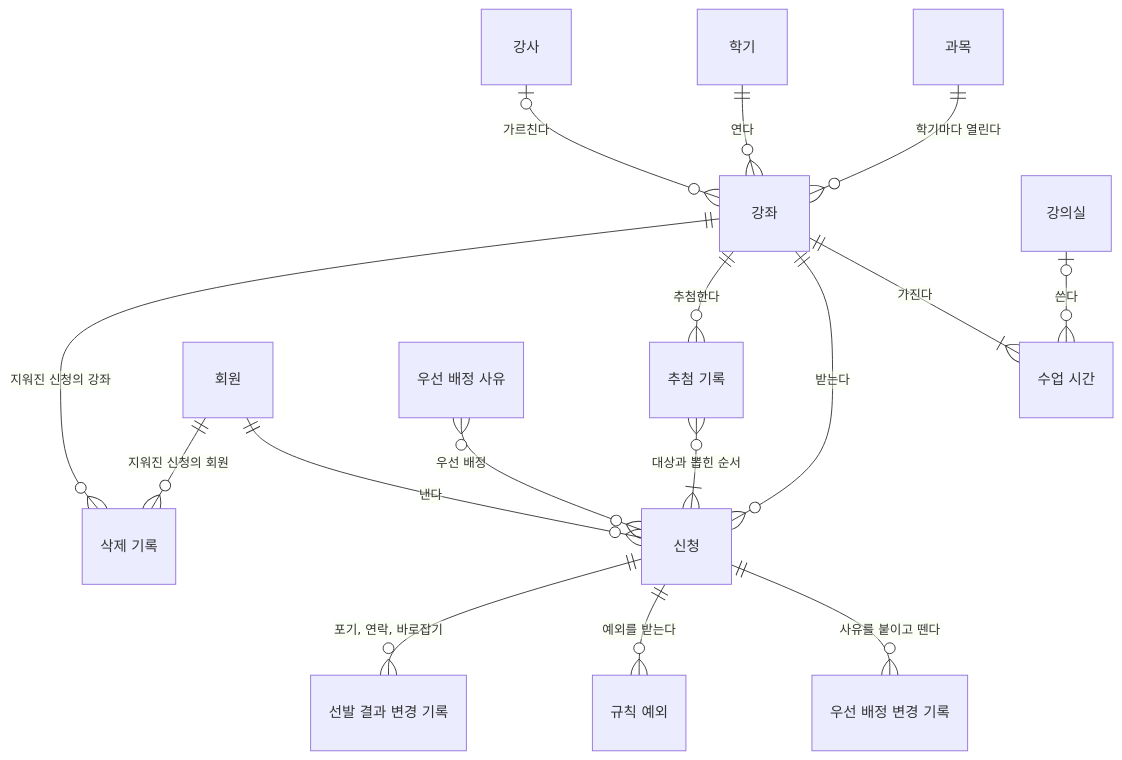
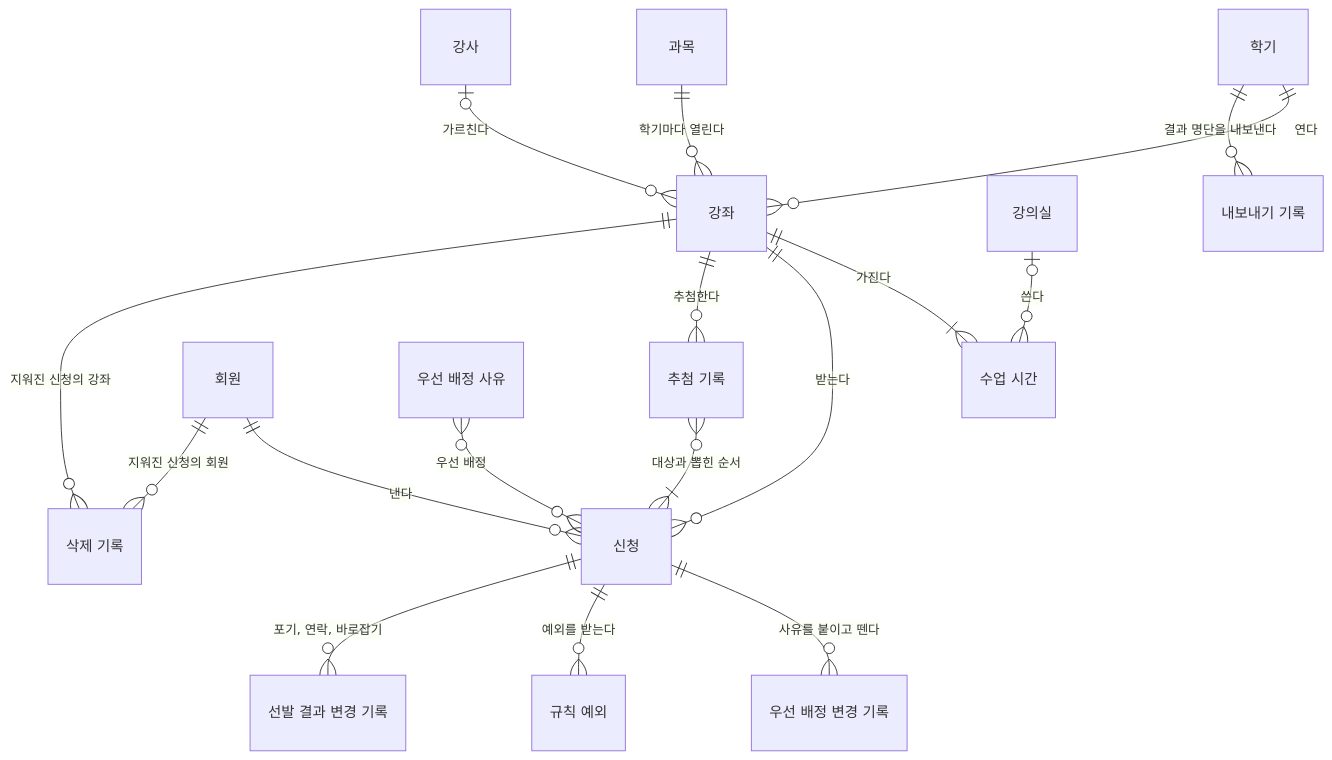
The first of 2 diagrams in docs/domain/ERD.md (Homeria/baeum-maru), drawn with Mermaid before and after one commit. The commit also changed other lines of this file and 46 other files, not shown here.

````diff
--- a/docs/domain/ERD.md
+++ b/docs/domain/ERD.md
@@ -10,36 +10,38 @@
 ```mermaid
 erDiagram
     Term["학기"]
     Subject["과목"]
     Course["강좌"]
     Schedule["수업 시간"]
     Instructor["강사"]
     Room["강의실"]
     Member["회원"]
     Application["신청"]
     PriorityReason["우선 배정 사유"]
     RuleOverride["규칙 예외"]
     SelectionChange["선발 결과 변경 기록"]
     LotteryRun["추첨 기록"]
     DeletionRecord["삭제 기록"]
     PriorityChange["우선 배정 변경 기록"]
+    RosterExport["내보내기 기록"]
 
     Subject ||--o{ Course : "학기마다 열린다"
     Term ||--o{ Course : "연다"
     Course ||--|{ Schedule : "가진다"
     Instructor |o--o{ Course : "가르친다"
     Room |o--o{ Schedule : "쓴다"
 
     Member ||--o{ Application : "낸다"
     Course ||--o{ Application : "받는다"
     PriorityReason }o--o{ Application : "우선 배정"
     Application ||--o{ PriorityChange : "사유를 붙이고 뗀다"
     Application ||--o{ RuleOverride : "예외를 받는다"
     Application ||--o{ SelectionChange : "포기, 연락, 바로잡기"
 
     Course ||--o{ LotteryRun : "추첨한다"
     LotteryRun }o--|{ Application : "대상과 뽑힌 순서"
 
     Member ||--o{ DeletionRecord : "지워진 신청의 회원"
     Course ||--o{ DeletionRecord : "지워진 신청의 강좌"
+    Term ||--o{ RosterExport : "결과 명단을 내보낸다"
 ```
````
